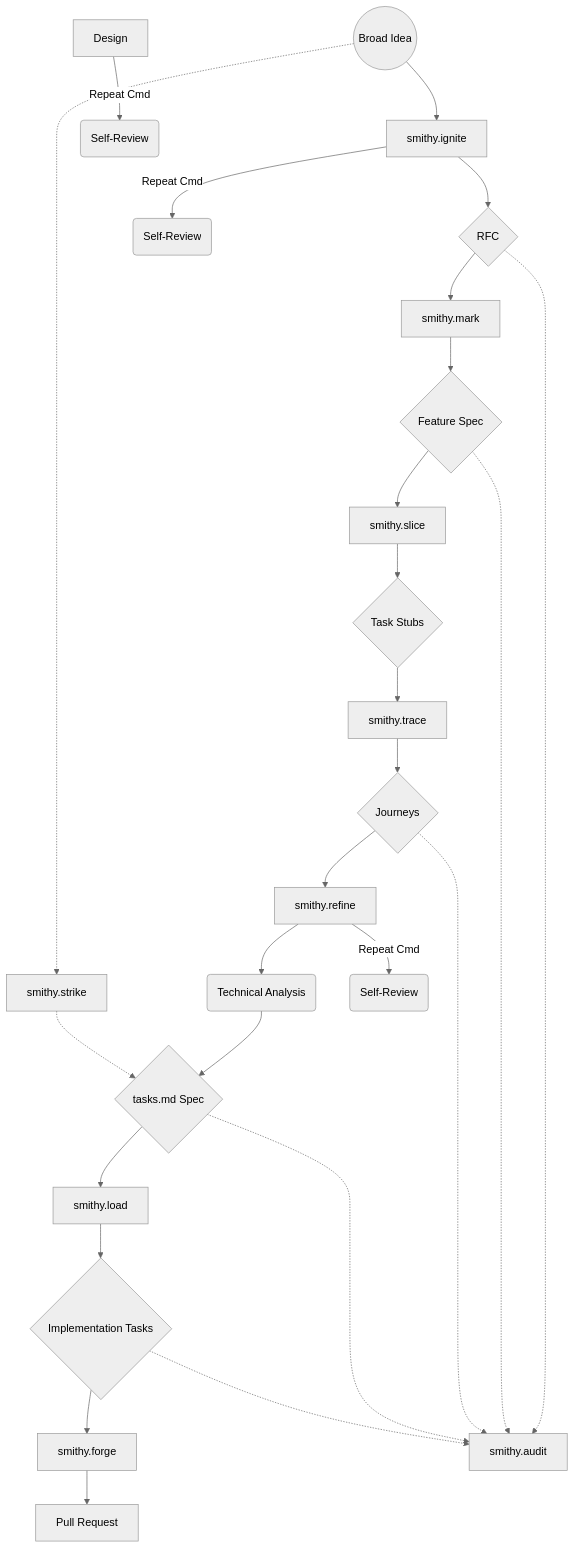
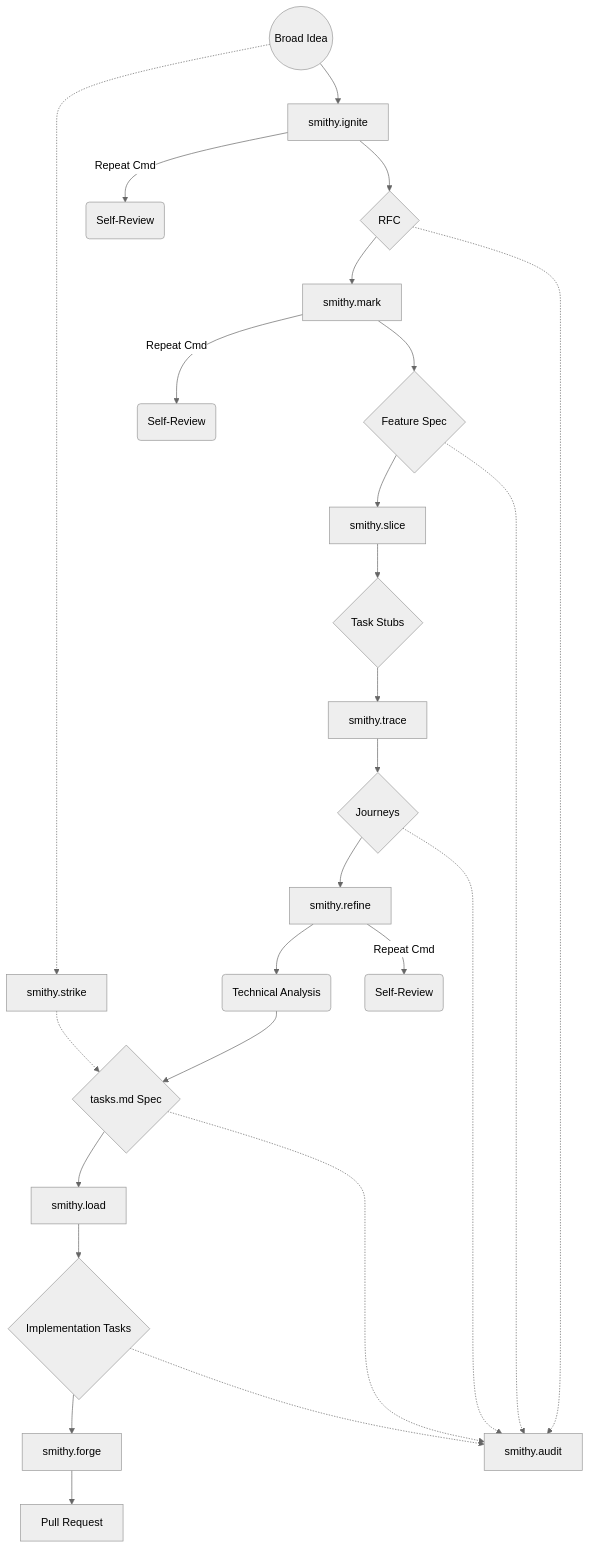
Before and after one commit to Balexda/SmithyCLI: the diagram in README.md, drawn with Mermaid (neutral theme). The commit also changed other lines of this file, not shown here.

Commit message:
Fix README mermaid diagram and pipeline table consistency for smithy.mark
Update Breakdown row to reference "Feature Spec" instead of "Feature Plan",
and rename leftover Design node references to Mark in the review loop.

````diff
--- a/README.md
+++ b/README.md
@@ -47,45 +47,45 @@
 ```mermaid
 graph TD
     %% Ideation
     Idea((Broad Idea)) --> Ignite[smithy.ignite]
     Ignite --> RFC{RFC}
     
     %% Planning
     RFC --> Mark[smithy.mark]
     Mark --> Plan{Feature Spec}
     
     %% Breakdown
     Plan --> Slice[smithy.slice]
     Slice --> Stubs{Task Stubs}
     
     %% Experience
     Stubs --> Trace[smithy.trace]
     Trace --> Journeys{Journeys}
     
     %% Technical Spec
     Journeys --> Refine[smithy.refine]
     Refine --> Analyze(Technical Analysis)
     Analyze --> Spec{tasks.md Spec}
     
     %% Queue & Forge
     Spec --> Load[smithy.load]
     Load --> Tasks{Implementation Tasks}
     Tasks --> Forge[smithy.forge]
     Forge --> PR[Pull Request]
     
     %% Fast Track
     Idea -.-> Strike[smithy.strike]
     Strike -.-> Spec
     
     %% Review Loops
     Ignite -- "Repeat Cmd" --> IgniteReview(Self-Review)
-    Design -- "Repeat Cmd" --> DesignReview(Self-Review)
+    Mark -- "Repeat Cmd" --> MarkReview(Self-Review)
     Refine -- "Repeat Cmd" --> RefineReview(Self-Review)
     
     %% Universal Auditor
     RFC -.-> Audit[smithy.audit]
     Plan -.-> Audit
     Journeys -.-> Audit
     Spec -.-> Audit
     Tasks -.-> Audit
 ```
````
